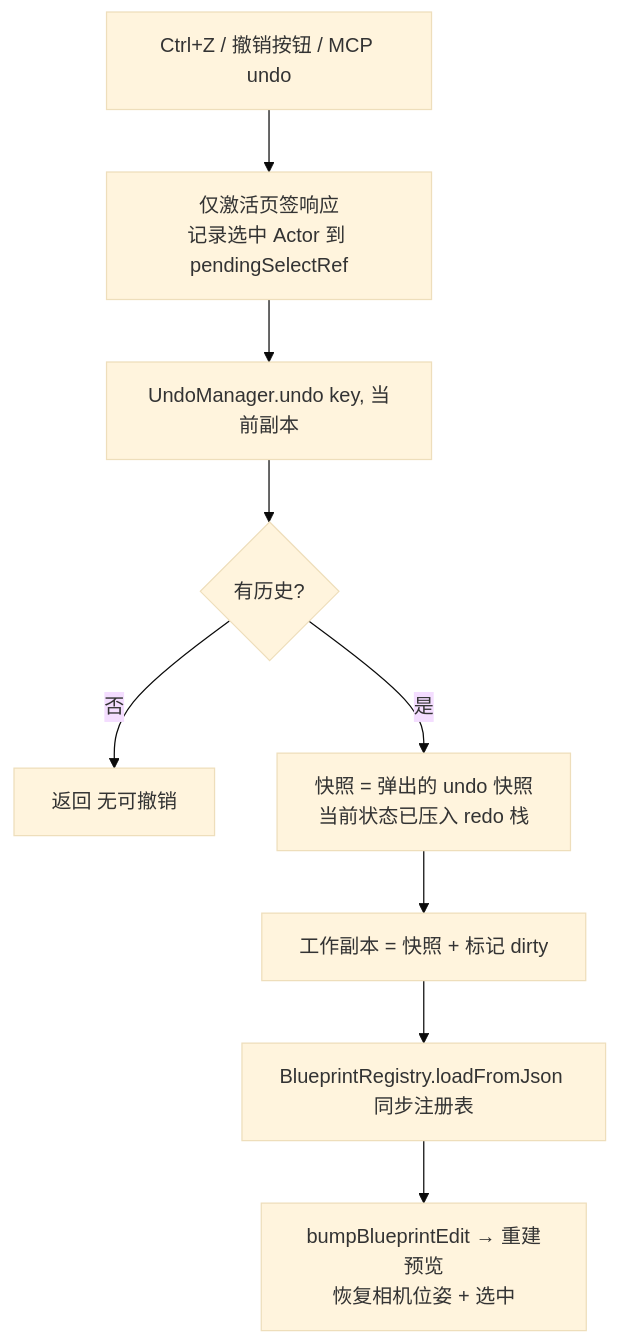
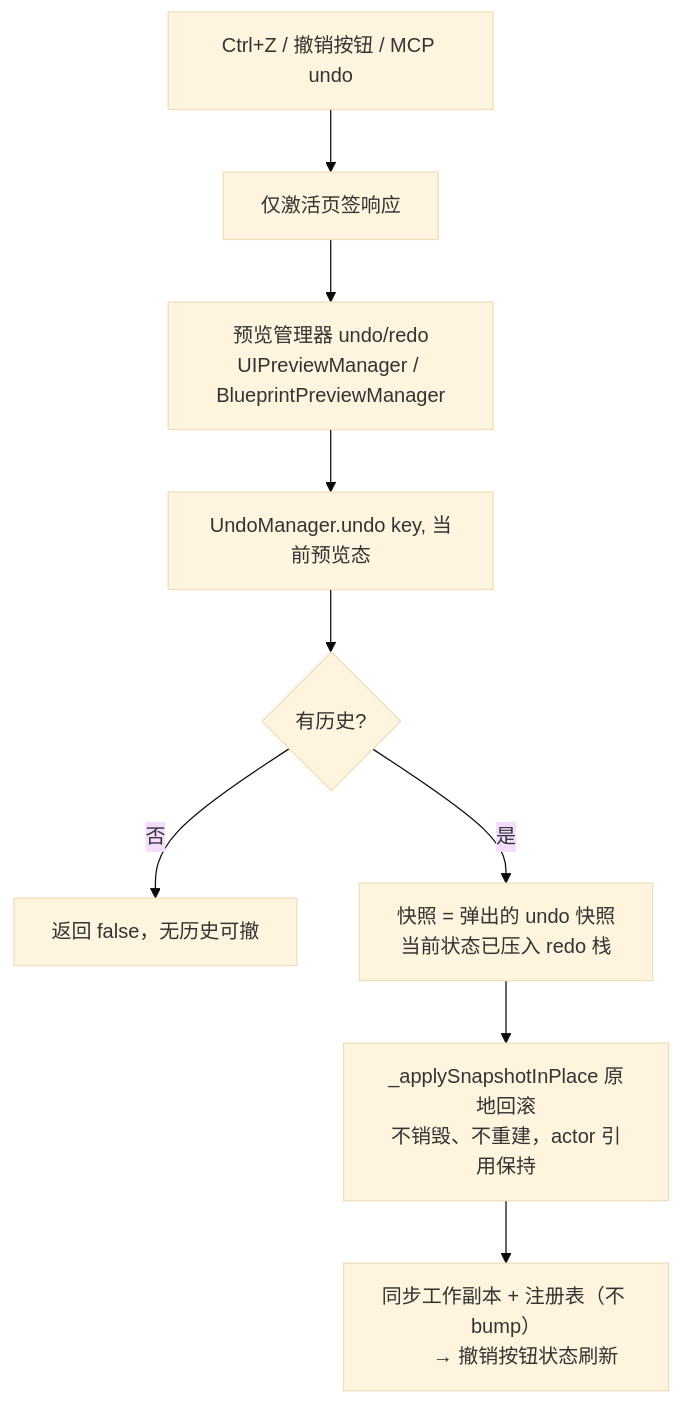
The second of 3 diagrams in doc/undo_redo_system.md (Kaplc/DemoStudio), drawn with Mermaid (base theme) before and after one commit. The commit also changed other lines of this file and 60 other files, not shown here.

````diff
--- a/doc/undo_redo_system.md
+++ b/doc/undo_redo_system.md
@@ -107,11 +107,12 @@
 ```mermaid
 flowchart TD
-    A[Ctrl+Z / 撤销按钮 / MCP undo] --> B[仅激活页签响应<br/>记录选中 Actor 到 pendingSelectRef]
-    B --> C[UndoManager.undo key, 当前副本]
-    C --> D{有历史?}
-    D -- 否 --> E[返回 无可撤销]
-    D -- 是 --> F[快照 = 弹出的 undo 快照<br/>当前状态已压入 redo 栈]
-    F --> G[工作副本 = 快照 + 标记 dirty]
-    G --> H[BlueprintRegistry.loadFromJson 同步注册表]
-    H --> I[bumpBlueprintEdit → 重建预览<br/>恢复相机位姿 + 选中]
+    A[Ctrl+Z / 撤销按钮 / MCP undo] --> B[仅激活页签响应]
+    B --> C[预览管理器 undo/redo<br/>UIPreviewManager / BlueprintPreviewManager]
+    C --> D[UndoManager.undo key, 当前预览态]
+    D --> E{有历史?}
+    E -- 否 --> F[返回 false，无历史可撤]
+    E -- 是 --> G[快照 = 弹出的 undo 快照<br/>当前状态已压入 redo 栈]
+    G --> H[_applySnapshotInPlace 原地回滚<br/>不销毁、不重建，actor 引用保持]
+    H --> I[同步工作副本 + 注册表（不 bump）
+       → 撤销按钮状态刷新]
 ```
````
